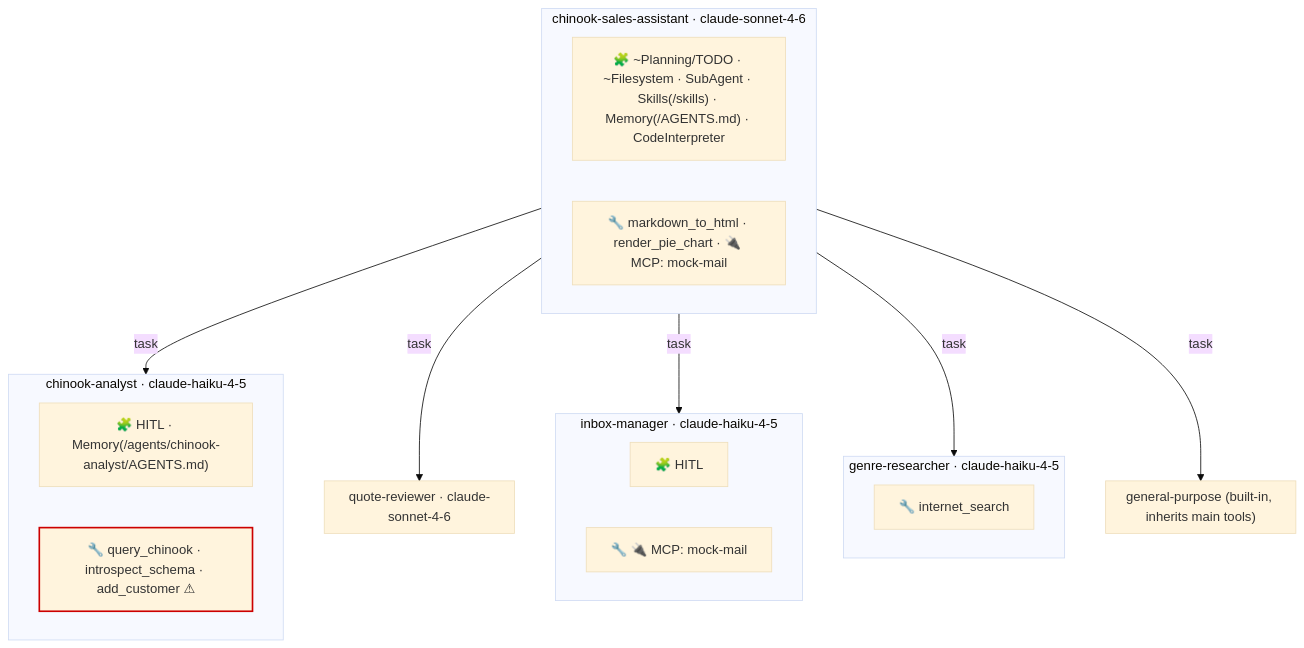
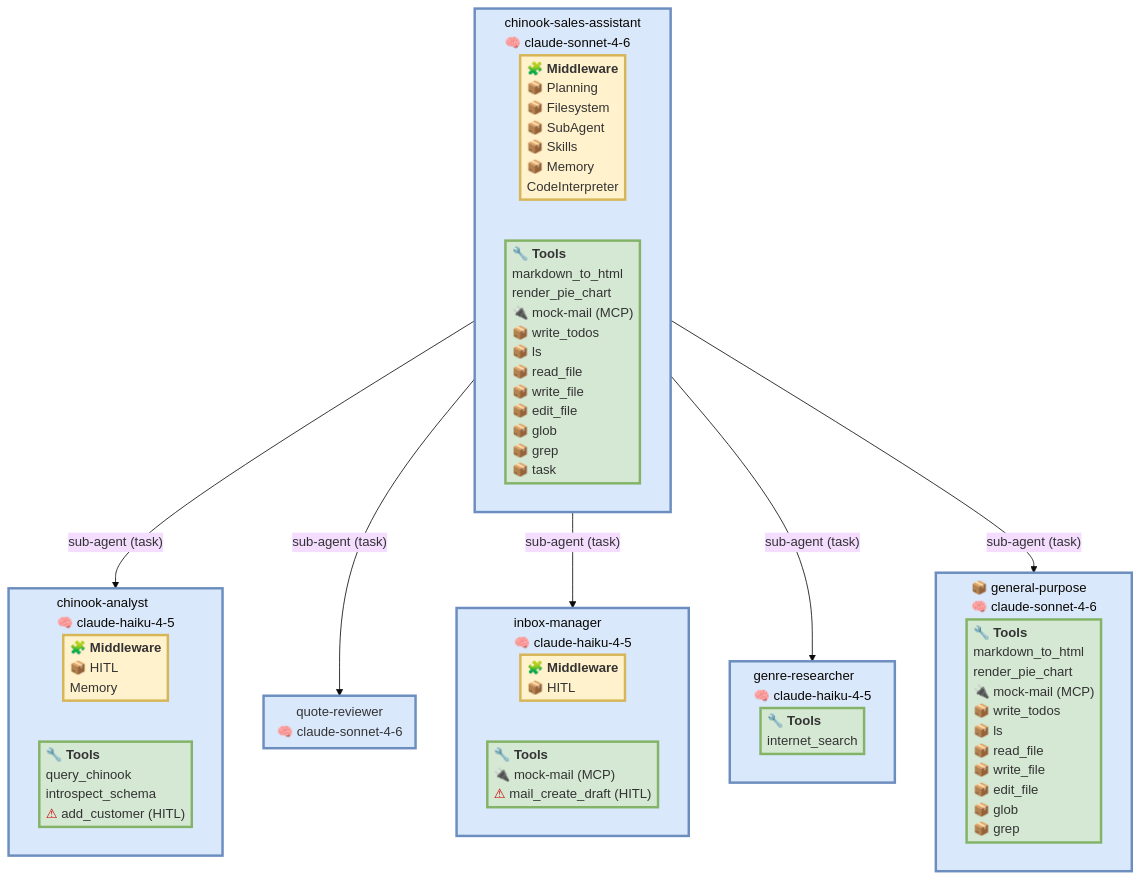
One commit to rvernica/deepagents-viz changed the third of 3 diagrams in examples.md. Above: the diagram before and after it, drawn with Mermaid (base theme). The commit also changed other lines of this file and 8 other files, not shown here.

````diff
--- a/examples.md
+++ b/examples.md
@@ -344,28 +383,37 @@
 ```mermaid
+%%{init: {'flowchart': {'subGraphTitleMargin': {'top': 6, 'bottom': 16}, 'padding': 4}}}%%
 graph TD
-  classDef gated stroke:#c00,stroke-width:2px;
-  subgraph chinook_sales_assistant["chinook-sales-assistant · claude-sonnet-4-6"]
-    chinook_sales_assistant_mw["🧩 ~Planning/TODO · ~Filesystem · SubAgent · Skills(/skills) · Memory(/AGENTS.md) · CodeInterpreter"]
-    chinook_sales_assistant_t["🔧 markdown_to_html · render_pie_chart · 🔌 MCP: mock-mail"]
+  classDef mwBox fill:#fff2cc,stroke:#d6b656,stroke-width:3px;
+  classDef toolBox fill:#d5e8d4,stroke:#82b366,stroke-width:3px;
+  subgraph chinook_sales_assistant["chinook-sales-assistant<br/>🧠 claude-sonnet-4-6"]
+    chinook_sales_assistant_mw["<div style='text-align:left'>🧩 <b>Middleware</b><br/>📦 Planning<br/>📦 Filesystem<br/>📦 SubAgent<br/>📦 Skills<br/>📦 Memory<br/>CodeInterpreter</div>"]:::mwBox
+    chinook_sales_assistant_t["<div style='text-align:left'>🔧 <b>Tools</b><br/>markdown_to_html<br/>render_pie_chart<br/>🔌 mock-mail (MCP)<br/>📦 write_todos<br/>📦 ls<br/>📦 read_file<br/>📦 write_file<br/>📦 edit_file<br/>📦 glob<br/>📦 grep<br/>📦 task</div>"]:::toolBox
   end
-  chinook_sales_assistant -->|task| chinook_analyst
-  subgraph chinook_analyst["chinook-analyst · claude-haiku-4-5"]
-    chinook_analyst_mw["🧩 HITL · Memory(/agents/chinook-analyst/AGENTS.md)"]
-    chinook_analyst_t["🔧 query_chinook · introspect_schema · add_customer ⚠"]:::gated
+  chinook_sales_assistant -->|"sub-agent (task)"| chinook_analyst
+  subgraph chinook_analyst["chinook-analyst<br/>🧠 claude-haiku-4-5"]
+    chinook_analyst_mw["<div style='text-align:left'>🧩 <b>Middleware</b><br/>📦 HITL<br/>Memory</div>"]:::mwBox
+    chinook_analyst_t["<div style='text-align:left'>🔧 <b>Tools</b><br/>query_chinook<br/>introspect_schema<br/><span style='color:#c00'>⚠</span> add_customer (HITL)</div>"]:::toolBox
   end
-  chinook_sales_assistant -->|task| quote_reviewer
-  subgraph quote_reviewer["quote-reviewer · claude-sonnet-4-6"]
+  chinook_sales_assistant -->|"sub-agent (task)"| quote_reviewer
+  subgraph quote_reviewer["quote-reviewer<br/>🧠 claude-sonnet-4-6"]
   end
-  chinook_sales_assistant -->|task| inbox_manager
-  subgraph inbox_manager["inbox-manager · claude-haiku-4-5"]
-    inbox_manager_mw["🧩 HITL"]
-    inbox_manager_t["🔧 🔌 MCP: mock-mail"]
+  chinook_sales_assistant -->|"sub-agent (task)"| inbox_manager
+  subgraph inbox_manager["inbox-manager<br/>🧠 claude-haiku-4-5"]
+    inbox_manager_mw["<div style='text-align:left'>🧩 <b>Middleware</b><br/>📦 HITL</div>"]:::mwBox
+    inbox_manager_t["<div style='text-align:left'>🔧 <b>Tools</b><br/>🔌 mock-mail (MCP)<br/><span style='color:#c00'>⚠</span> mail_create_draft (HITL)</div>"]:::toolBox
   end
-  chinook_sales_assistant -->|task| genre_researcher
-  subgraph genre_researcher["genre-researcher · claude-haiku-4-5"]
-    genre_researcher_t["🔧 internet_search"]
+  chinook_sales_assistant -->|"sub-agent (task)"| genre_researcher
+  subgraph genre_researcher["genre-researcher<br/>🧠 claude-haiku-4-5"]
+    genre_researcher_t["<div style='text-align:left'>🔧 <b>Tools</b><br/>internet_search</div>"]:::toolBox
   end
-  chinook_sales_assistant -->|task| general_purpose
-  subgraph general_purpose["general-purpose (built-in, inherits main tools)"]
+  chinook_sales_assistant -->|"sub-agent (task)"| general_purpose
+  subgraph general_purpose["📦 general-purpose<br/>🧠 claude-sonnet-4-6"]
+    general_purpose_t["<div style='text-align:left'>🔧 <b>Tools</b><br/>markdown_to_html<br/>render_pie_chart<br/>🔌 mock-mail (MCP)<br/>📦 write_todos<br/>📦 ls<br/>📦 read_file<br/>📦 write_file<br/>📦 edit_file<br/>📦 glob<br/>📦 grep</div>"]:::toolBox
   end
+  style chinook_sales_assistant fill:#dae8fc,stroke:#6c8ebf,stroke-width:3px;
+  style chinook_analyst fill:#dae8fc,stroke:#6c8ebf,stroke-width:3px;
+  style quote_reviewer fill:#dae8fc,stroke:#6c8ebf,stroke-width:3px;
+  style inbox_manager fill:#dae8fc,stroke:#6c8ebf,stroke-width:3px;
+  style genre_researcher fill:#dae8fc,stroke:#6c8ebf,stroke-width:3px;
+  style general_purpose fill:#dae8fc,stroke:#6c8ebf,stroke-width:3px;
 ```
````
